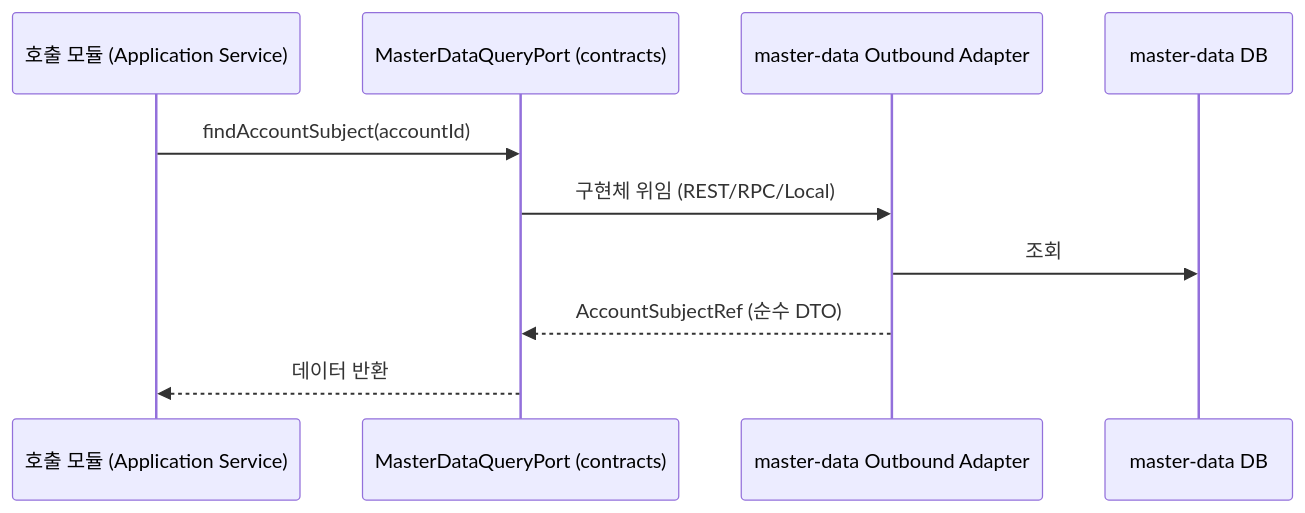
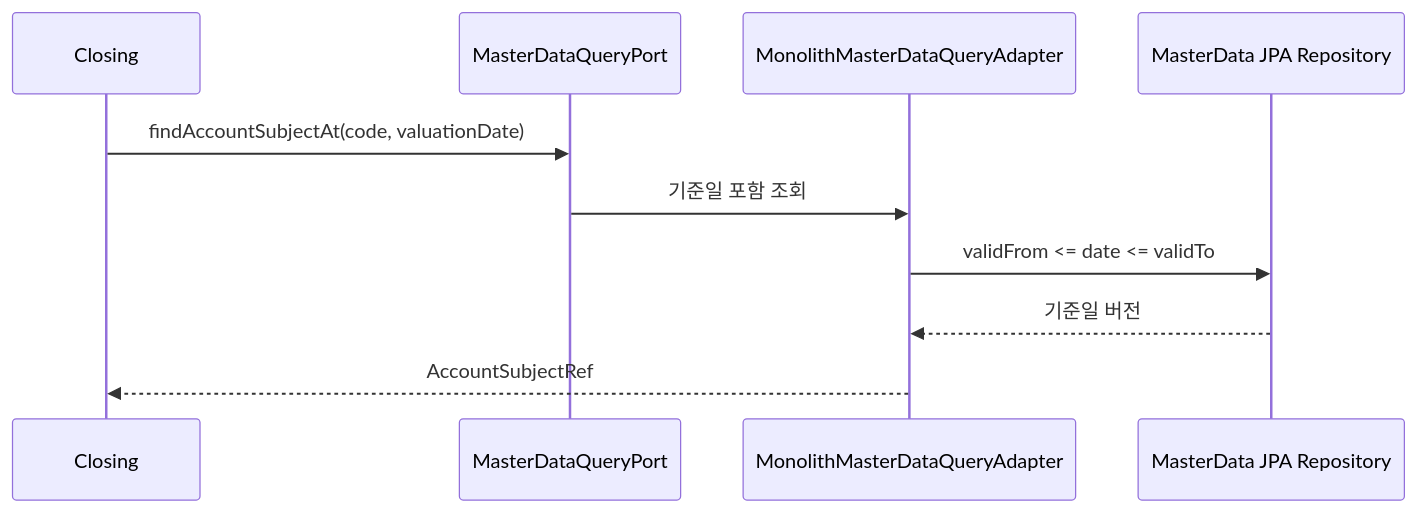
Before and after one commit to skyg547/account: the second of 2 diagrams in contracts/docs/process-flow.md, drawn with Mermaid. The commit also changed other lines of this file and 72 other files, not shown here.

````diff
--- a/contracts/docs/process-flow.md
+++ b/contracts/docs/process-flow.md
@@ -16,13 +35,13 @@
 ```mermaid
 sequenceDiagram
-    participant Caller as 호출 모듈 (Application Service)
-    participant Port as MasterDataQueryPort (contracts)
-    participant Adapter as master-data Outbound Adapter
-    participant DB as master-data DB
+    participant Closing
+    participant Contract as MasterDataQueryPort
+    participant Adapter as MonolithMasterDataQueryAdapter
+    participant Repository as MasterData JPA Repository
 
-    Caller->>Port: findAccountSubject(accountId)
-    Port->>Adapter: 구현체 위임 (REST/RPC/Local)
-    Adapter->>DB: 조회
-    Adapter-->>Port: AccountSubjectRef (순수 DTO)
-    Port-->>Caller: 데이터 반환
+    Closing->>Contract: findAccountSubjectAt(code, valuationDate)
+    Contract->>Adapter: 기준일 포함 조회
+    Adapter->>Repository: validFrom <= date <= validTo
+    Repository-->>Adapter: 기준일 버전
+    Adapter-->>Closing: AccountSubjectRef
 ```
````
